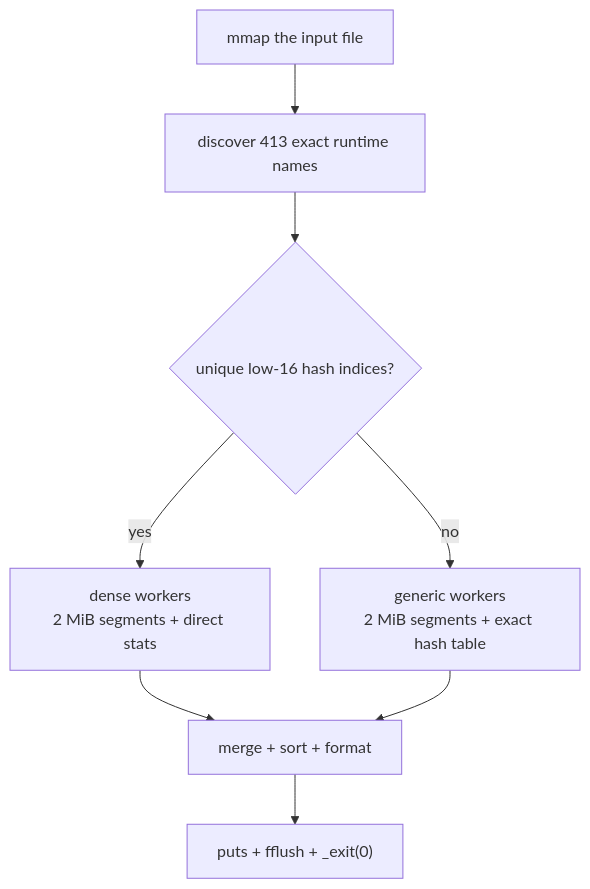
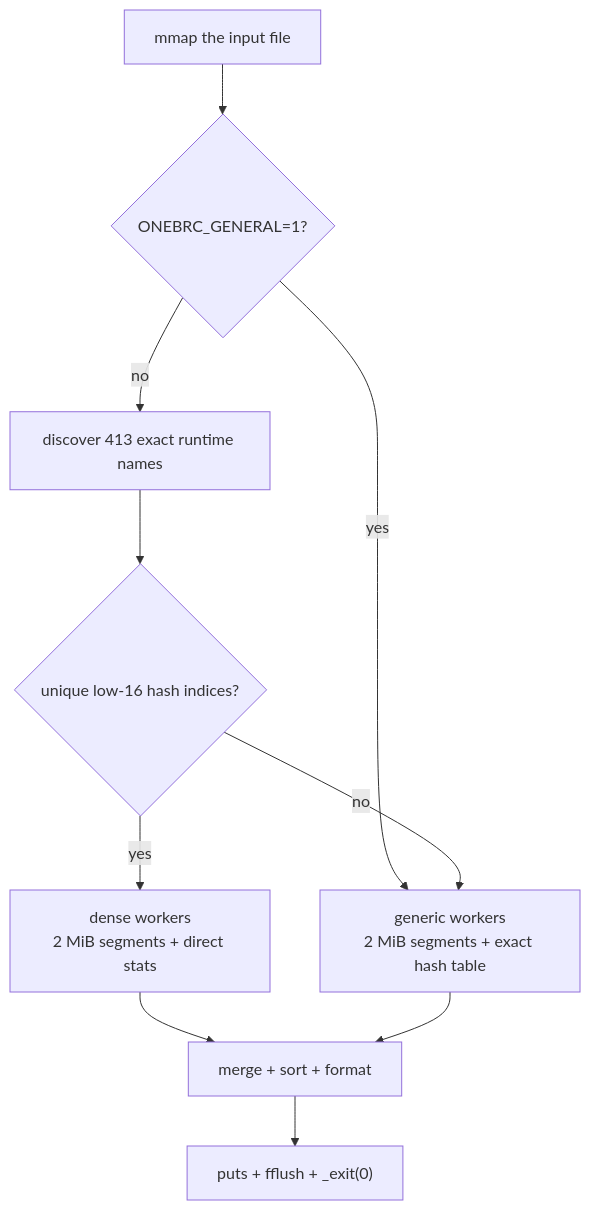
Before and after one commit to ramartinez7/1brc-bosconia: the diagram in README.md, drawn with Mermaid. The commit also changed other lines of this file and 9 other files, not shown here.

````diff
--- a/README.md
+++ b/README.md
@@ -48,17 +46,20 @@
 ```mermaid
 flowchart TB
     F["mmap the input file"]
+    G{"ONEBRC_GENERAL=1?"}
     D["discover 413 exact runtime names"]
     U{"unique low-16 hash indices?"}
     dense["dense workers<br/>2 MiB segments + direct stats"]
     generic["generic workers<br/>2 MiB segments + exact hash table"]
     M["merge + sort + format"]
     O["puts + fflush + _exit(0)"]
 
-    F --> D --> U
+    F --> G
+    G -->|yes| generic
+    G -->|no| D --> U
     U -->|yes| dense
     U -->|no| generic
     dense --> M
     generic --> M
     M --> O
 ```
````
